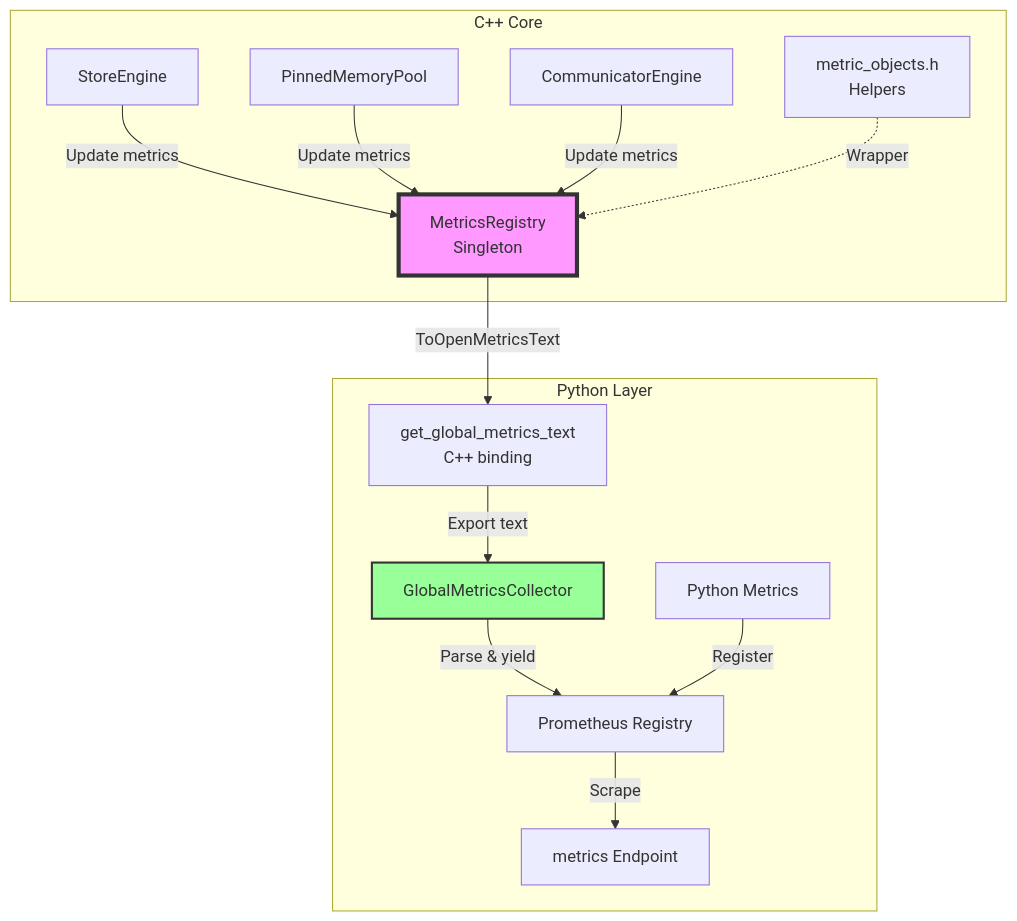
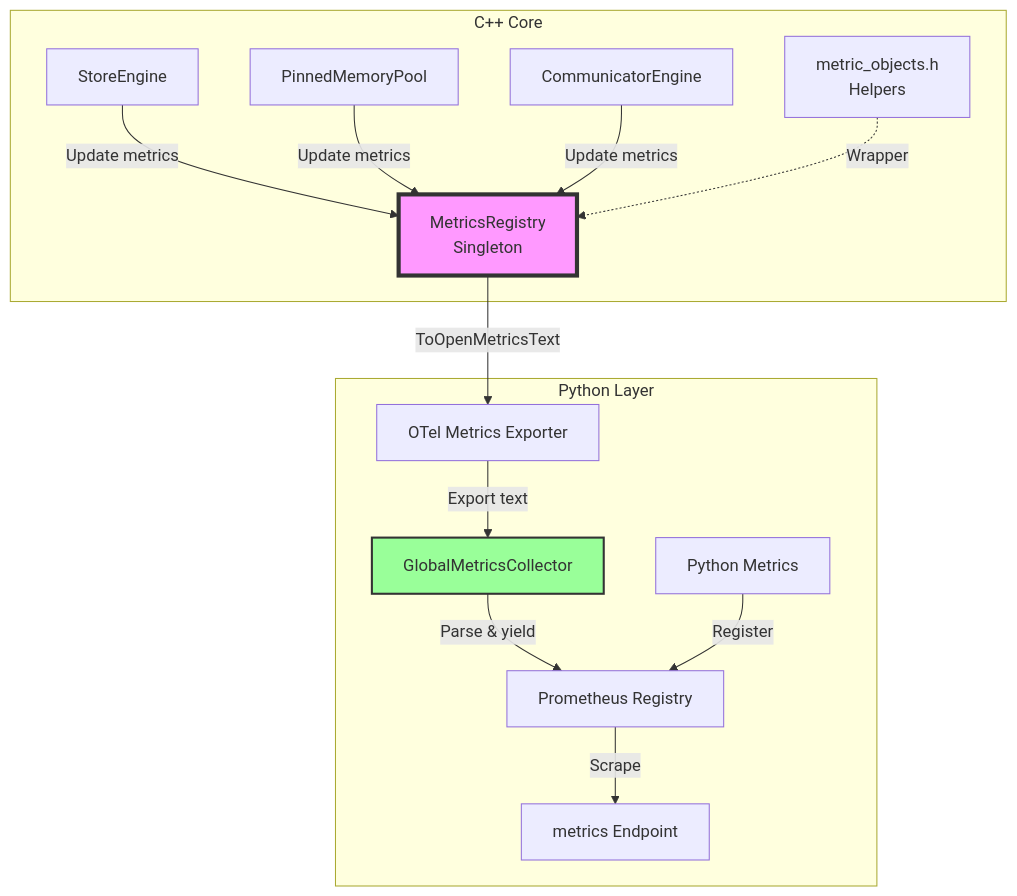
The diagram in web-docs/docs/developer-guides/internals/adding-metrics.md (tensorcast-ai/tensorcast), drawn with Mermaid before and after one commit. The commit also changed other lines of this file and 28 other files, not shown here.

````diff
--- a/web-docs/docs/developer-guides/internals/adding-metrics.md
+++ b/web-docs/docs/developer-guides/internals/adding-metrics.md
@@ -179,32 +179,32 @@
 ```mermaid
 graph TD
     subgraph "C++ Core"
         MR[MetricsRegistry<br/>Singleton]
         CS[StoreEngine]
         PM[PinnedMemoryPool]
         CE[CommunicatorEngine]
         MO[metric_objects.h<br/>Helpers]
 
         CS -->|Update metrics| MR
         PM -->|Update metrics| MR
         CE -->|Update metrics| MR
         MO -.->|Wrapper| MR
     end
 
     subgraph "Python Layer"
-        GMF[get_global_metrics_text<br/>C++ binding]
+        GMF[OTel Metrics Exporter]
         GC[GlobalMetricsCollector]
         PY[Python Metrics]
         PR[Prometheus Registry]
         EP[metrics Endpoint]
 
         GMF -->|Export text| GC
         MR -->|ToOpenMetricsText| GMF
         GC -->|Parse & yield| PR
         PY -->|Register| PR
         PR -->|Scrape| EP
     end
 
     style MR fill:#f9f,stroke:#333,stroke-width:4px
     style GC fill:#9f9,stroke:#333,stroke-width:2px
 ```
````
